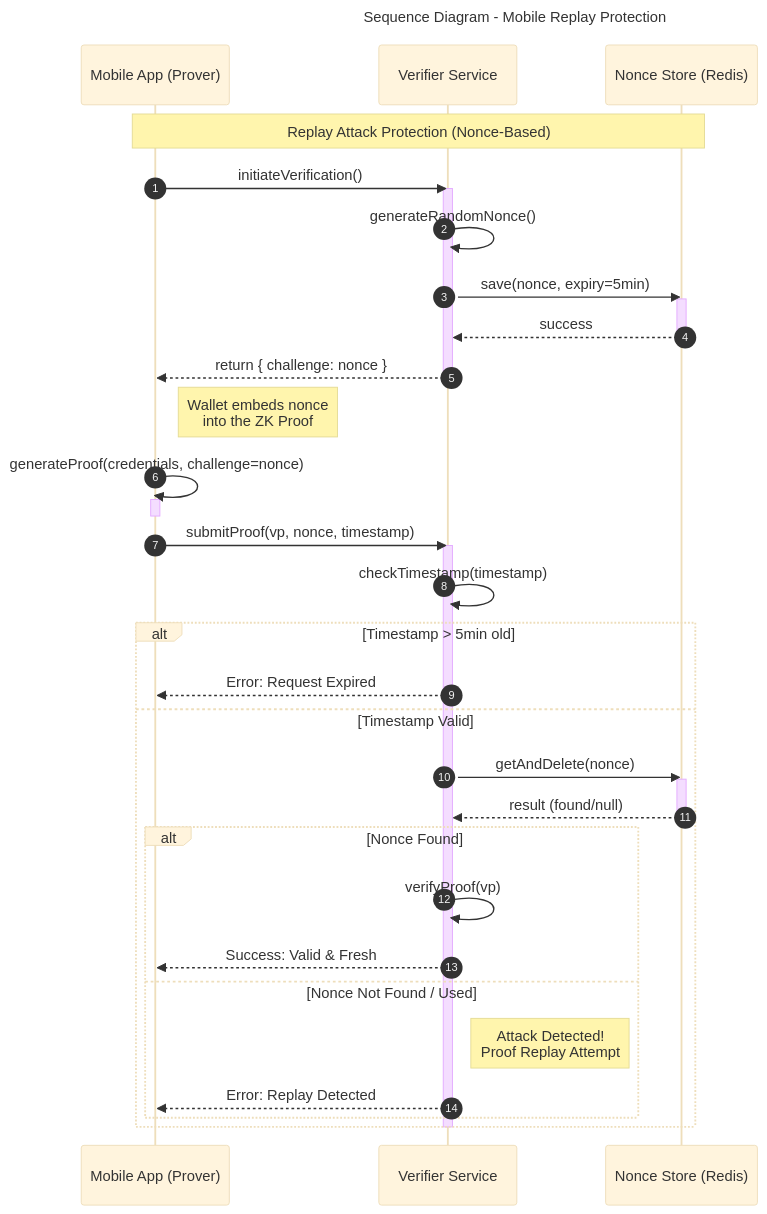
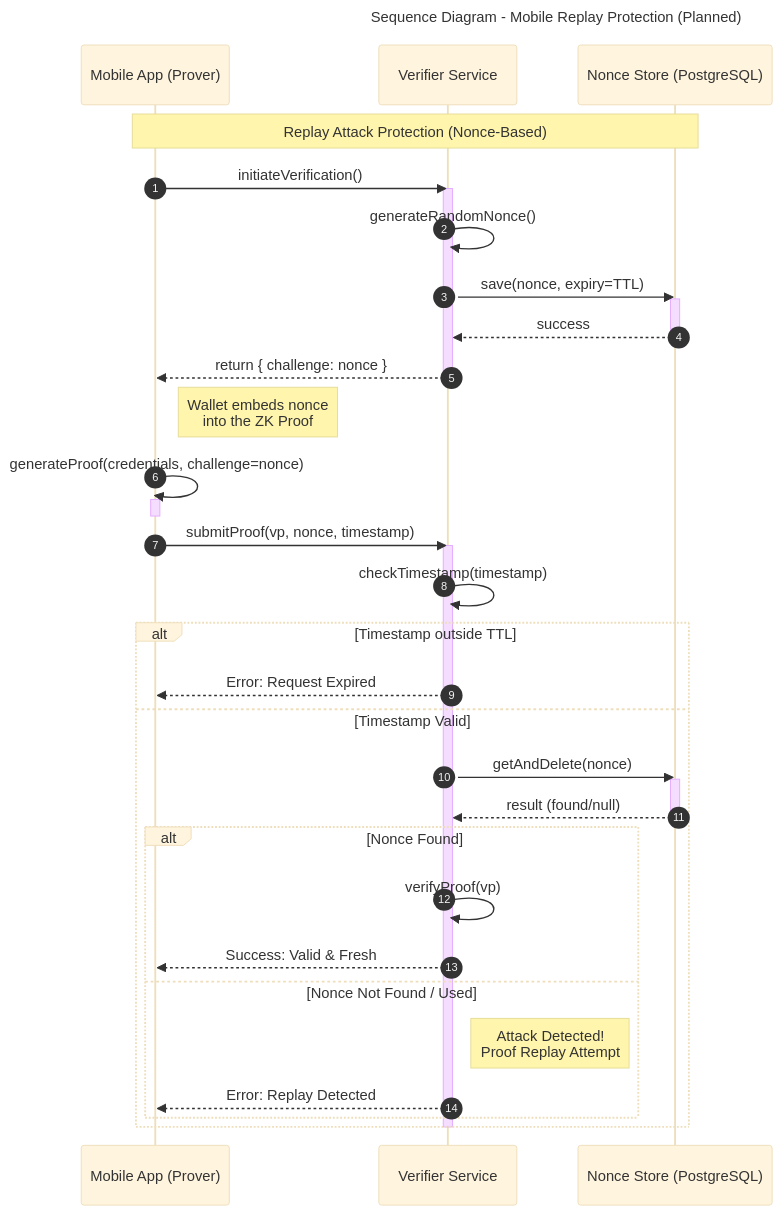
One commit to CHATEAUFORGE-LLC/QuantumZero changed the diagram in diagrams/sequence-mobile-replay-protection.mmd. Above: the diagram before and after it, drawn with Mermaid. The commit also changed 63 other files, not shown here.

Commit message:
expansion of diagrams, and further refinement

```diff
--- a/diagrams/sequence-mobile-replay-protection.mmd
+++ b/diagrams/sequence-mobile-replay-protection.mmd
@@ -1,55 +1,56 @@
 ---
-title: Sequence Diagram - Mobile Replay Protection
+title: Sequence Diagram - Mobile Replay Protection (Planned)
 config:
   theme: base
 ---
+%% QuantumZero UML palette note: actors/external=#fff7e6/#b45309, system/component=#e0f2fe/#075985, datastore=#ecfccb/#4d7c0f, notes=#fff9c4/#d97706. Aligns diagrams to Deliverable 1 UML/DFD theme.
 sequenceDiagram
     autonumber
     participant Wallet as Mobile App (Prover)
     participant API as Verifier Service
-    participant Store as Nonce Store (Redis)
+    participant Store as Nonce Store (PostgreSQL)
 
     Note over Wallet, Store: Replay Attack Protection (Nonce-Based)
 
     %% Step 1: Challenge
     Wallet->>API: initiateVerification()
     activate API
     API->>API: generateRandomNonce()
     
-    API->>Store: save(nonce, expiry=5min)
+    API->>Store: save(nonce, expiry=TTL)
     activate Store
     Store-->>API: success
     deactivate Store
     
     API-->>Wallet: return { challenge: nonce }
     deactivate API
 
     %% Step 2: Response
     Note right of Wallet: Wallet embeds nonce<br/>into the ZK Proof
     Wallet->>Wallet: generateProof(credentials, challenge=nonce)
     activate Wallet
     deactivate Wallet
     
     Wallet->>API: submitProof(vp, nonce, timestamp)
     activate API
 
     %% Step 3: Validation
     API->>API: checkTimestamp(timestamp)
     
-    alt Timestamp > 5min old
+    alt Timestamp outside TTL
         API-->>Wallet: Error: Request Expired 
     else Timestamp Valid
         API->>Store: getAndDelete(nonce)
         activate Store
         Store-->>API: result (found/null)
         deactivate Store
         
         alt Nonce Found
             API->>API: verifyProof(vp)
             API-->>Wallet: Success: Valid & Fresh 
         else Nonce Not Found / Used
             Note right of API: Attack Detected!<br/>Proof Replay Attempt
             API-->>Wallet: Error: Replay Detected 
         end
     end
     deactivate API
```
